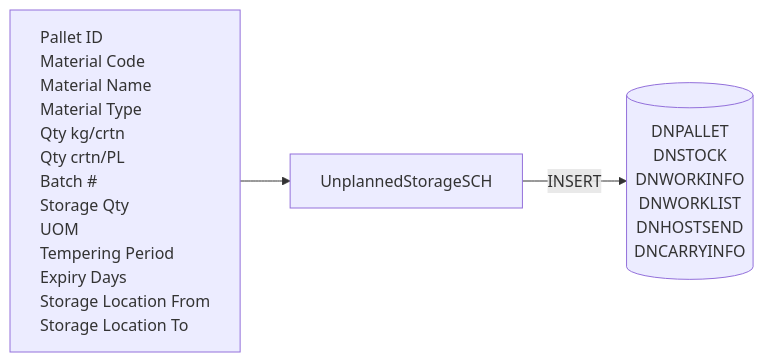
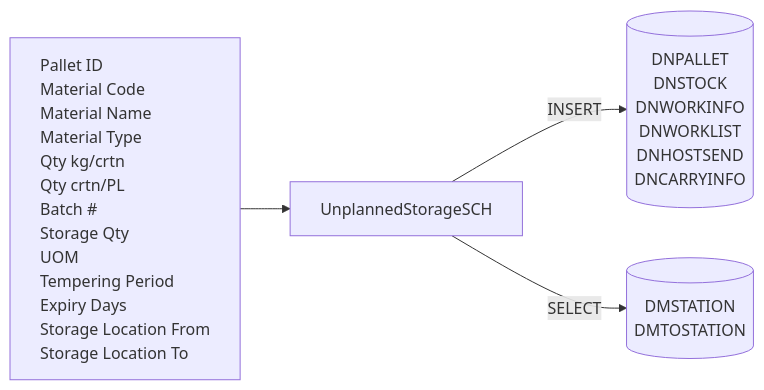
Before and after one commit to luthfiadityaa/SimeDarby-Wiki: the first of 5 diagrams in Basic-Design/DFD-WMS/Storage/Unplanned-Storage/Unplanned-Storage-from-OP-Area.md, drawn with Mermaid.

Commit message:
Updated Unplanned Storage from OP Area

```diff
--- a/Basic-Design/DFD-WMS/Storage/Unplanned-Storage/Unplanned-Storage-from-OP-Area.md
+++ b/Basic-Design/DFD-WMS/Storage/Unplanned-Storage/Unplanned-Storage-from-OP-Area.md
@@ -24,35 +24,41 @@
 ::: mermaid
 flowchart LR
     input[
         Pallet ID
         Material Code
         Material Name
         Material Type
         Qty kg/crtn
         Qty crtn/PL
         Batch #
         Storage Qty
         UOM
         Tempering Period
         Expiry Days
         Storage Location From
         Storage Location To        
     ]
 
     tableList-insert[("
         DNPALLET
         DNSTOCK
         DNWORKINFO
         DNWORKLIST
         DNHOSTSEND
         DNCARRYINFO
     ")]
 
+    tableList-select[("
+        DMSTATION
+        DMTOSTATION
+    ")]
+
 
     className[UnplannedStorageSCH]
 
     input --> className --> |INSERT| tableList-insert
+    className --> |SELECT| tableList-select
 
     classDef leftAlign text-align:left;
     class input leftAlign;
 :::
```
